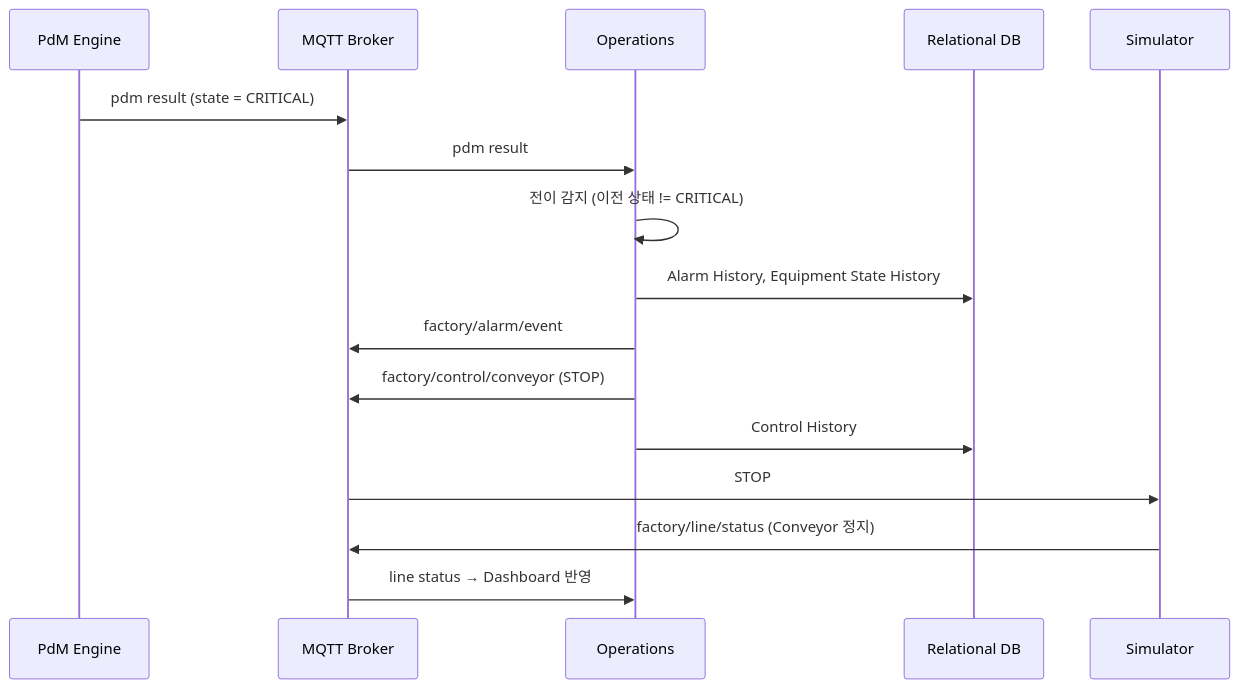
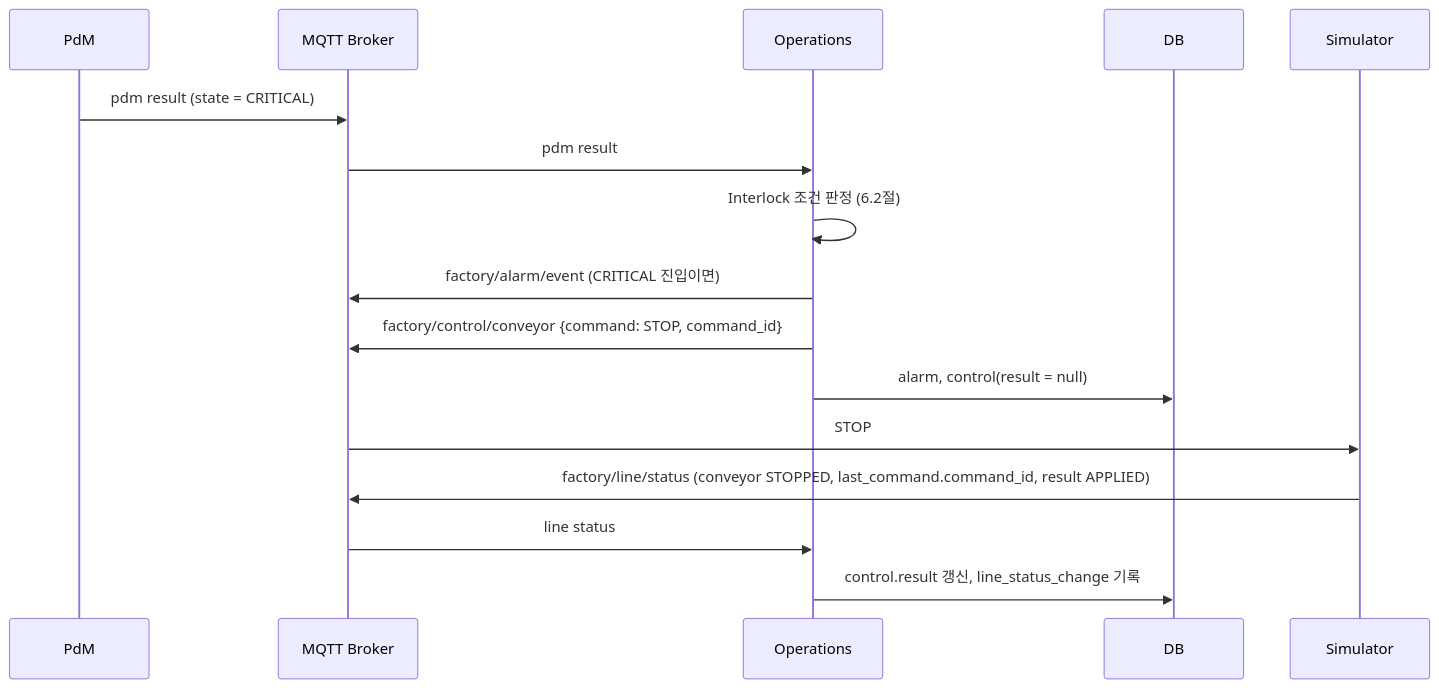
The fifth of 5 diagrams in docs/ARCHITECTURE.md (dltndn-personal-project/smart-factory-operations), drawn with Mermaid before and after one commit. The commit also changed other lines of this file, not shown here.

````diff
--- a/docs/ARCHITECTURE.md
+++ b/docs/ARCHITECTURE.md
@@ -246,19 +226,19 @@
 ```mermaid
 sequenceDiagram
-    participant PDM as PdM Engine
+    participant PDM as PdM
     participant B as MQTT Broker
     participant OPS as Operations
-    participant RDB as Relational DB
+    participant DB as DB
     participant SIM as Simulator
 
     PDM->>B: pdm result (state = CRITICAL)
     B->>OPS: pdm result
-    OPS->>OPS: 전이 감지 (이전 상태 != CRITICAL)
-    OPS->>RDB: Alarm History, Equipment State History
-    OPS->>B: factory/alarm/event
-    OPS->>B: factory/control/conveyor (STOP)
-    OPS->>RDB: Control History
+    OPS->>OPS: Interlock 조건 판정 (6.2절)
+    OPS->>B: factory/alarm/event (CRITICAL 진입이면)
+    OPS->>B: factory/control/conveyor {command: STOP, command_id}
+    OPS->>DB: alarm, control(result = null)
     B->>SIM: STOP
-    SIM->>B: factory/line/status (Conveyor 정지)
-    B->>OPS: line status → Dashboard 반영
+    SIM->>B: factory/line/status (conveyor STOPPED, last_command.command_id, result APPLIED)
+    B->>OPS: line status
+    OPS->>DB: control.result 갱신, line_status_change 기록
 ```
````
